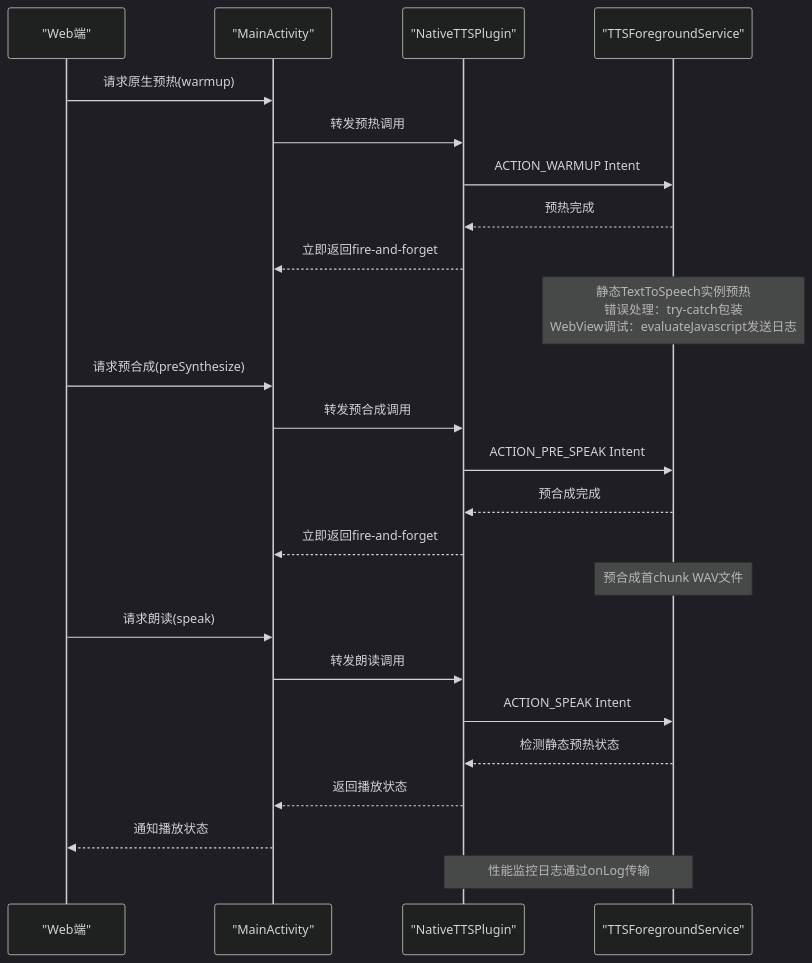
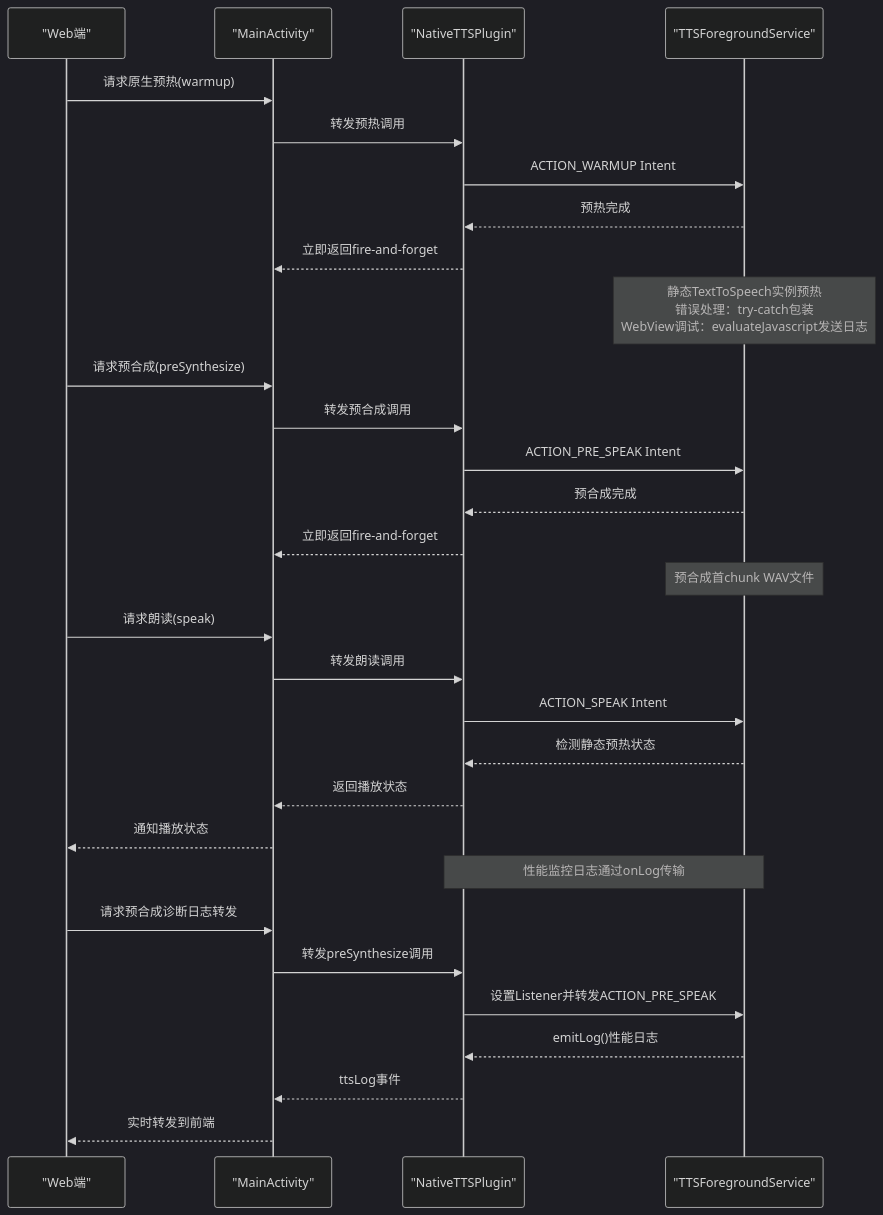
Before and after one commit to zhao-zg/cx: the seventh of 11 diagrams in .qoder/repowiki/zh/content/移动应用开发/移动应用开发.md, drawn with Mermaid (dark theme). The commit also changed other lines of this file and 24 other files, not shown here.

````diff
--- a/.qoder/repowiki/zh/content/移动应用开发/移动应用开发.md
+++ b/.qoder/repowiki/zh/content/移动应用开发/移动应用开发.md
@@ -396,26 +403,32 @@
 ```mermaid
 sequenceDiagram
 participant W as "Web端"
 participant M as "MainActivity"
 participant T as "NativeTTSPlugin"
 participant S as "TTSForegroundService"
 W->>M : 请求原生预热(warmup)
 M->>T : 转发预热调用
 T->>S : ACTION_WARMUP Intent
 S-->>T : 预热完成
 T-->>M : 立即返回fire-and-forget
 Note over S : 静态TextToSpeech实例预热<br/>错误处理：try-catch包装<br/>WebView调试：evaluateJavascript发送日志
 W->>M : 请求预合成(preSynthesize)
 M->>T : 转发预合成调用
 T->>S : ACTION_PRE_SPEAK Intent
 S-->>T : 预合成完成
 T-->>M : 立即返回fire-and-forget
 Note over S : 预合成首chunk WAV文件
 W->>M : 请求朗读(speak)
 M->>T : 转发朗读调用
 T->>S : ACTION_SPEAK Intent
 S-->>T : 检测静态预热状态
 T-->>M : 返回播放状态
 M-->>W : 通知播放状态
 Note over T,S : 性能监控日志通过onLog传输
+W->>M : 请求预合成诊断日志转发
+M->>T : 转发preSynthesize调用
+T->>S : 设置Listener并转发ACTION_PRE_SPEAK
+S-->>T : emitLog()性能日志
+T-->>M : ttsLog事件
+M-->>W : 实时转发到前端
 ```
````
